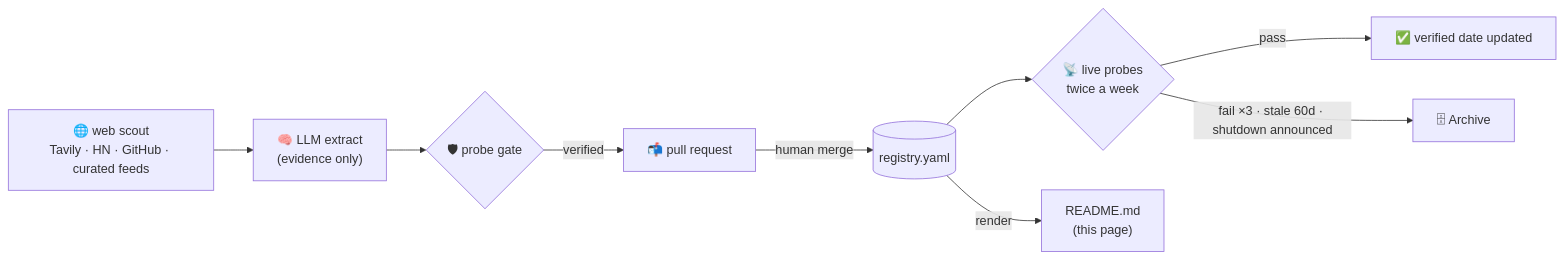
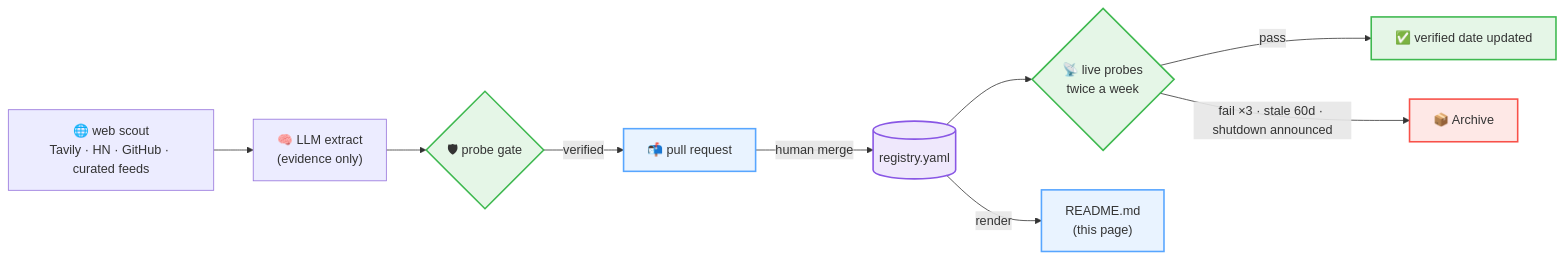
One commit to mvalentsev/awesome-free-ai-coding changed the diagram in README.md. Above: the diagram before and after it, drawn with Mermaid. The commit also changed other lines of this file and 6 other files, not shown here.

````diff
--- a/README.md
+++ b/README.md
@@ -121,11 +189,20 @@
 ```mermaid
 flowchart LR
     S["🌐 web scout<br/>Tavily · HN · GitHub · curated feeds"] --> L["🧠 LLM extract<br/>(evidence only)"]
     L --> G{"🛡 probe gate"}
     G -->|verified| PR["📬 pull request"]
     PR -->|human merge| R[("registry.yaml")]
     R --> P{"📡 live probes<br/>twice a week"}
     P -->|pass| V["✅ verified date updated"]
-    P -->|fail ×3 · stale 60d · shutdown announced| A["🗄 Archive"]
+    P -->|fail ×3 · stale 60d · shutdown announced| A["📦 Archive"]
     R -->|render| MD["README.md<br/>(this page)"]
+
+    classDef pass fill:#3fb95022,stroke:#3fb950,stroke-width:2px
+    classDef drop fill:#f8514922,stroke:#f85149,stroke-width:2px
+    classDef human fill:#58a6ff22,stroke:#58a6ff,stroke-width:2px
+    classDef store fill:#8957e522,stroke:#8957e5,stroke-width:2px
+    class G,P,V pass
+    class A drop
+    class PR,MD human
+    class R store
 ```
````
